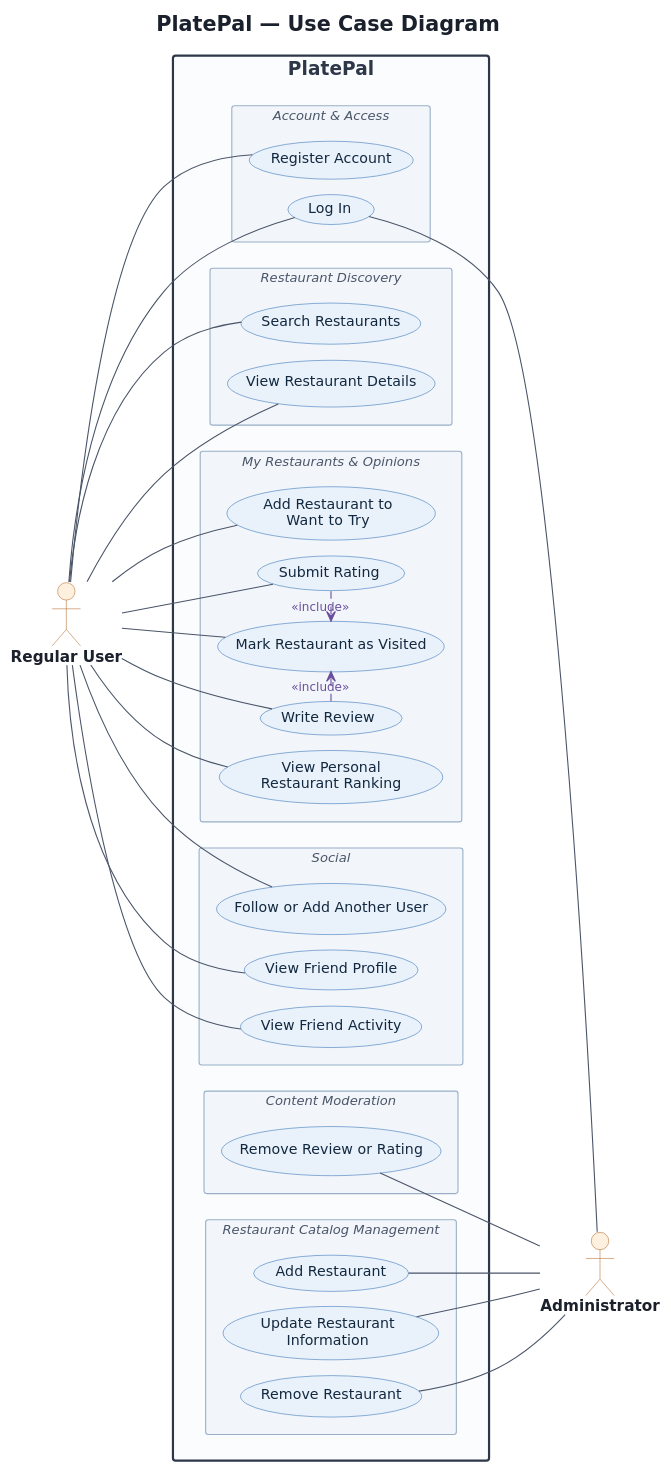
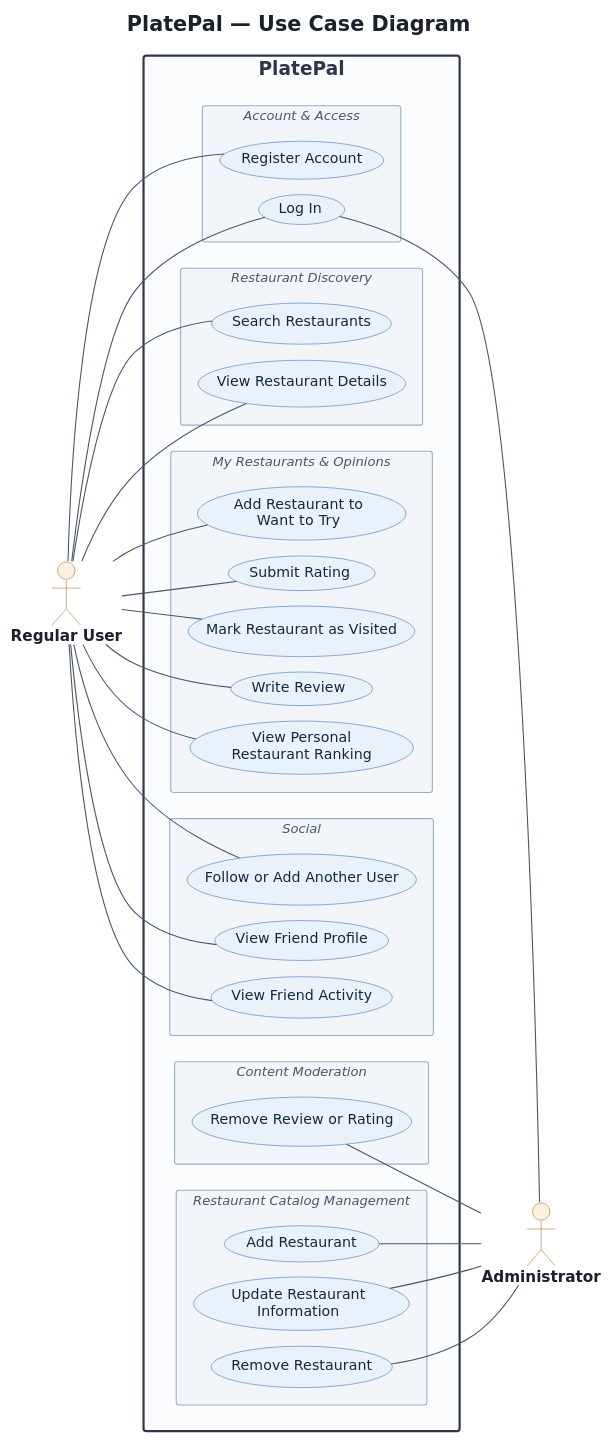
One commit to X1nc74/PlatePal changed the diagram in docs/use-case-diagram/platepal-use-case-diagram.puml. Above: the diagram before and after it, drawn with PlantUML. The commit also changed 2 other files, not shown here.

Commit message:
Removed include relationship + Added preconditions to case descriptions

```diff
--- a/docs/use-case-diagram/platepal-use-case-diagram.puml
+++ b/docs/use-case-diagram/platepal-use-case-diagram.puml
@@ -1,136 +1,127 @@
 @startuml platepal-use-case
 '=============================================================================
 ' PlatePal — UML Use Case Diagram
 '=============================================================================
 
 title PlatePal — Use Case Diagram
 
 left to right direction
 hide stereotype
 
 '------------------------------- styling -------------------------------------
 skinparam backgroundColor #FFFFFF
 skinparam shadowing false
 skinparam defaultFontName DejaVu Sans
 skinparam defaultFontSize 13
 skinparam titleFontSize 19
 skinparam titleFontColor #1A202C
 skinparam nodesep 14
 skinparam ranksep 60
 skinparam ArrowColor #4A5568
 
 skinparam actor {
   BackgroundColor #FDF0DF
   BorderColor #B4692A
   FontColor #1A202C
   FontSize 14
   FontStyle bold
 }
 
 skinparam usecase {
   BackgroundColor #E9F1FA
   BorderColor #2F6DB5
   FontColor #12283F
 }
 
 ' System boundary
 skinparam rectangle<<sys>> {
   BackgroundColor #FBFCFD
   BorderColor #2D3748
   BorderThickness 2
   FontSize 17
   FontStyle bold
   FontColor #2D3748
 }
 
 skinparam rectangle<<grp>> {
   BackgroundColor #F2F6FB
   BorderColor #9AAFC7
   FontSize 12
   FontStyle italic
   FontColor #4A5568
 }
 
 skinparam legend {
   BackgroundColor #FFFDF5
   BorderColor #C9BFA4
   FontSize 11
   FontColor #4A5568
 }
 
-' <<include>> arrows — visually distinct from actor associations
 skinparam ArrowFontSize 11
 skinparam ArrowFontColor #6B4E9B
 
 '------------------------------- actors --------------------------------------
 actor "Regular User" as User
 actor "Administrator" as Admin
 
 '--------------------------- system boundary ---------------------------------
 rectangle "PlatePal" <<sys>> {
 
   rectangle "Account & Access" <<grp>> {
     usecase UC01 as "Register Account"
     usecase UC02 as "Log In"
   }
 
   rectangle "Restaurant Discovery" <<grp>> {
     usecase UC03 as "Search Restaurants"
     usecase UC04 as "View Restaurant Details"
   }
 
   rectangle "My Restaurants & Opinions" <<grp>> {
-    ' declaration order places Mark Visited between its two
-    ' including use cases, keeping both <<include>> arrows short
     usecase UC05 as "Add Restaurant to\nWant to Try"
     usecase UC07 as "Submit Rating"
     usecase UC06 as "Mark Restaurant as Visited"
     usecase UC08 as "Write Review"
     usecase UC09 as "View Personal\nRestaurant Ranking"
   }
 
   rectangle "Social" <<grp>> {
     usecase UC10 as "Follow or Add Another User"
     usecase UC11 as "View Friend Profile"
     usecase UC12 as "View Friend Activity"
   }
 
   rectangle "Content Moderation" <<grp>> {
     usecase UC16 as "Remove Review or Rating"
   }
 
   rectangle "Restaurant Catalog Management" <<grp>> {
     usecase UC13 as "Add Restaurant"
     usecase UC14 as "Update Restaurant\nInformation"
     usecase UC15 as "Remove Restaurant"
   }
 }
 
 '------------------- Regular User associations (12) --------------------------
 User -- UC01
 User -- UC02
 User -- UC03
 User -- UC04
 User -- UC05
 User -- UC06
 User -- UC07
 User -- UC08
 User -- UC09
 User -- UC10
 User -- UC11
 User -- UC12
 
 '------------------- Administrator associations (5) --------------------------
 UC02 -- Admin
 UC13 -- Admin
 UC14 -- Admin
 UC15 -- Admin
 UC16 -- Admin
 
-'-------------------------- include relationships ----------------------------
-UC07 .[#6B4E9B,norank].> UC06 : <<include>>
-UC08 .[#6B4E9B,norank].> UC06 : <<include>>
-
-
-
 @enduml
```
